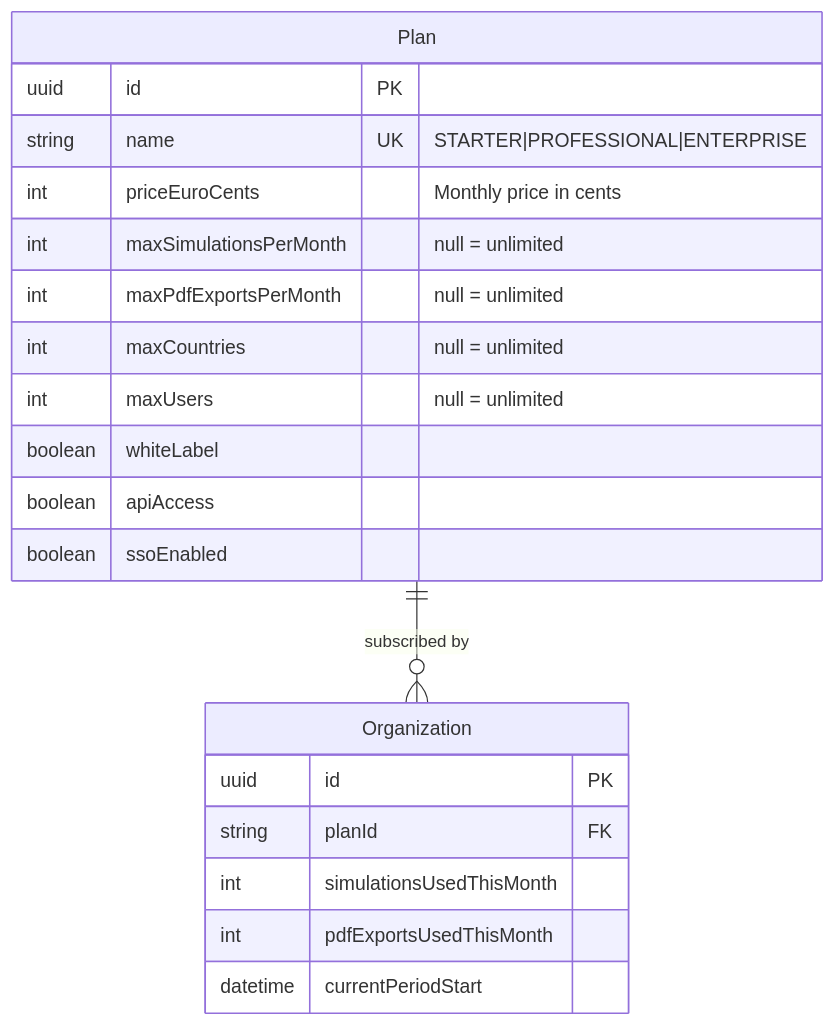
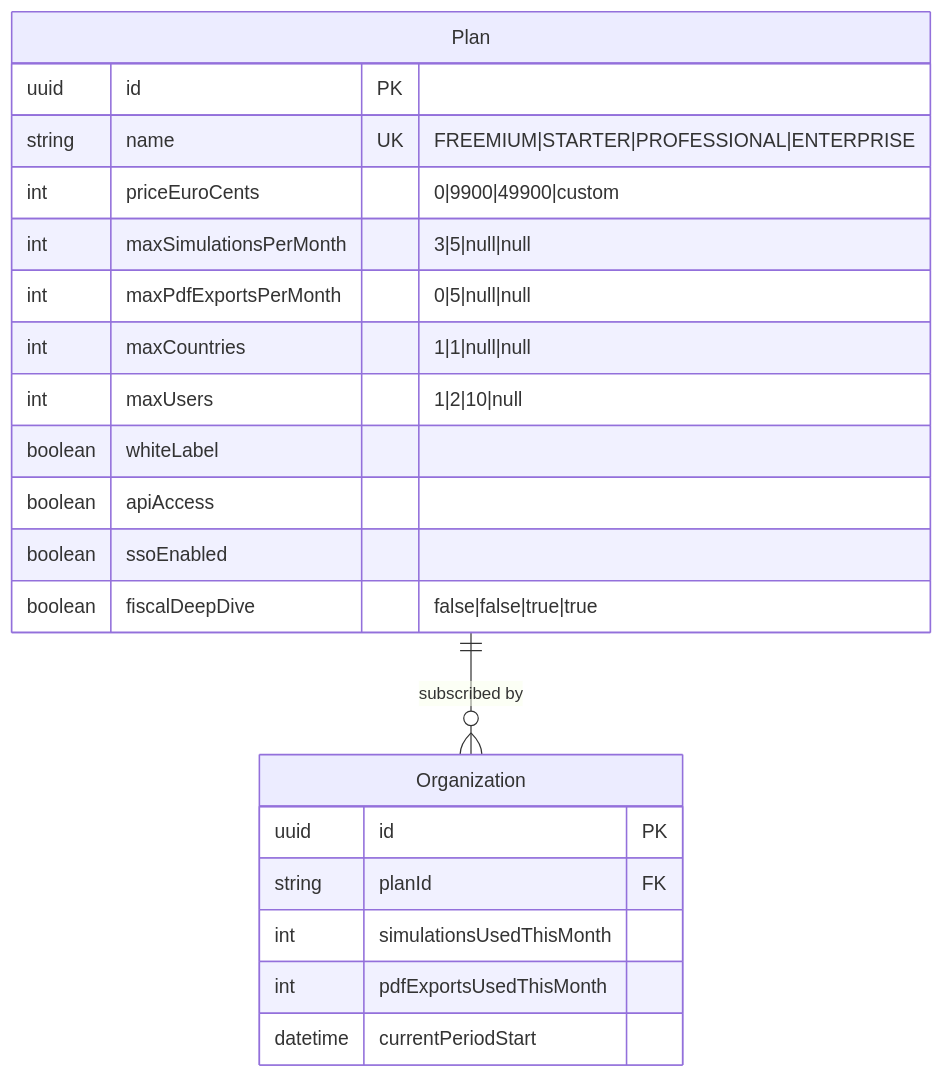
Diagram 16 of 26 in docs/architecture.md (nabz0r/Global-Green-Tax), drawn with Mermaid before and after one commit. The commit also changed other lines of this file and 1 other file, not shown here.

First line of the commit message:
docs: update README and architecture for Freemium tier, admin dashboard, data lake & AI pipeline

````diff
--- a/docs/architecture.md
+++ b/docs/architecture.md
@@ -492,25 +522,26 @@
 ```mermaid
 erDiagram
     Plan ||--o{ Organization : "subscribed by"
 
     Plan {
         uuid id PK
-        string name UK "STARTER|PROFESSIONAL|ENTERPRISE"
-        int priceEuroCents "Monthly price in cents"
-        int maxSimulationsPerMonth "null = unlimited"
-        int maxPdfExportsPerMonth "null = unlimited"
-        int maxCountries "null = unlimited"
-        int maxUsers "null = unlimited"
+        string name UK "FREEMIUM|STARTER|PROFESSIONAL|ENTERPRISE"
+        int priceEuroCents "0|9900|49900|custom"
+        int maxSimulationsPerMonth "3|5|null|null"
+        int maxPdfExportsPerMonth "0|5|null|null"
+        int maxCountries "1|1|null|null"
+        int maxUsers "1|2|10|null"
         boolean whiteLabel
         boolean apiAccess
         boolean ssoEnabled
+        boolean fiscalDeepDive "false|false|true|true"
     }
 
     Organization {
         uuid id PK
         string planId FK
         int simulationsUsedThisMonth
         int pdfExportsUsedThisMonth
         datetime currentPeriodStart
     }
 ```
````
